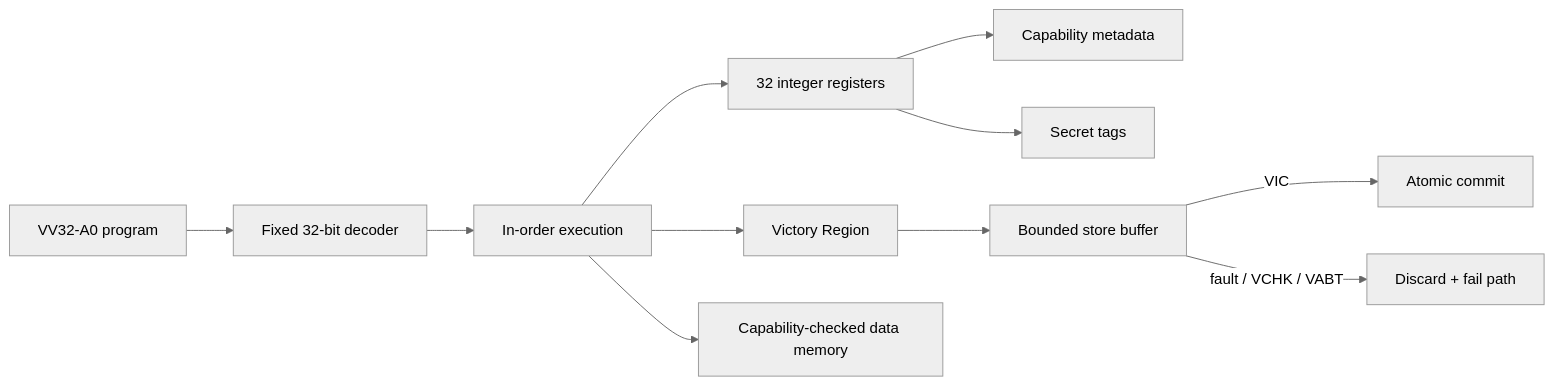
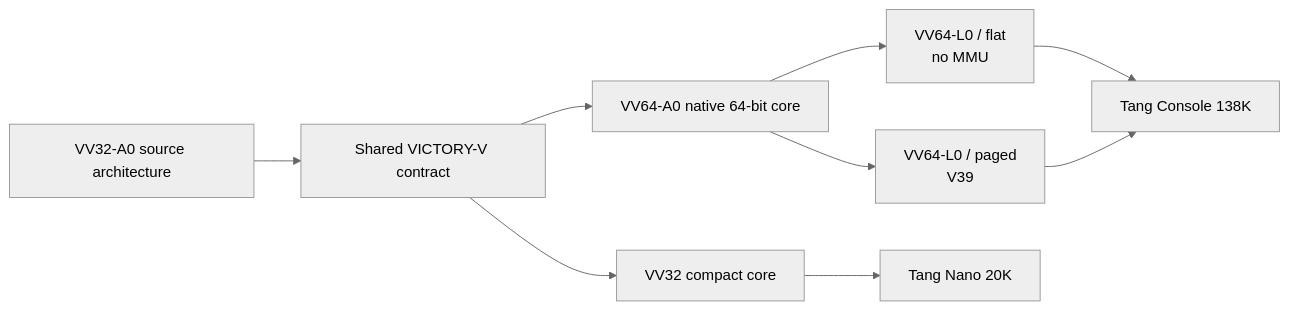
The diagram in README.md (urotsuki-san/VICTORY-V), drawn with Mermaid (neutral theme) before and after one commit. The commit also changed other lines of this file and 24 other files, not shown here.

````diff
--- a/README.md
+++ b/README.md
@@ -55,13 +61,11 @@
 ```mermaid
 flowchart LR
-    A[VV32-A0 program] --> D[Fixed 32-bit decoder]
-    D --> E[In-order execution]
-    E --> R[32 integer registers]
-    R --> M[Capability metadata]
-    R --> S[Secret tags]
-    E --> V[Victory Region]
-    V --> B[Bounded store buffer]
-    B -->|VIC| C[Atomic commit]
-    B -->|fault / VCHK / VABT| X[Discard + fail path]
-    E --> P[Capability-checked data memory]
+    A[VV32-A0 source architecture] --> C[Shared VICTORY-V contract]
+    C --> B[VV32 compact core]
+    C --> D[VV64-A0 native 64-bit core]
+    D --> F[VV64-L0 / flat\nno MMU]
+    D --> P[VV64-L0 / paged\nV39]
+    B --> N[Tang Nano 20K]
+    F --> T[Tang Console 138K]
+    P --> T
 ```
````
